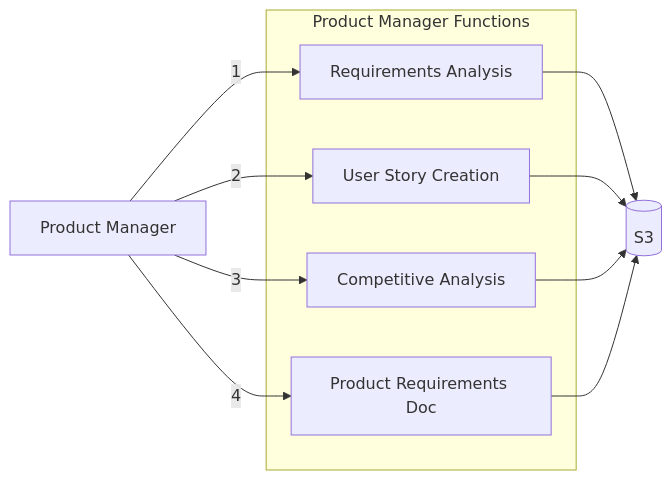
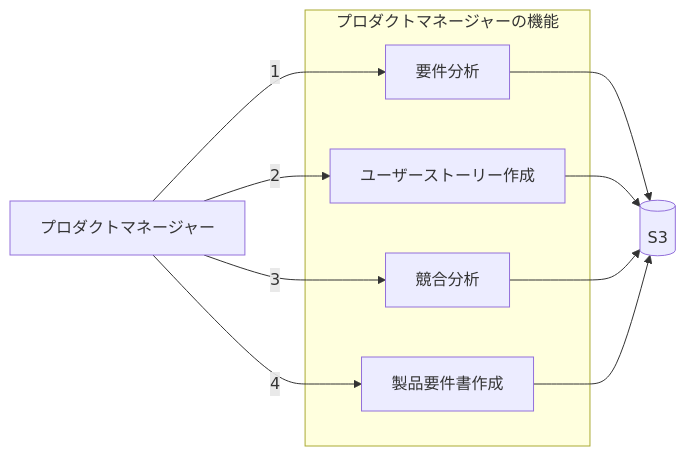
The fourth of 10 diagrams in README.md (aws-samples/multi-agent-samples-jp), drawn with Mermaid before and after one commit. The commit also changed other lines of this file and 2 other files, not shown here.

````diff
--- a/README.md
+++ b/README.md
@@ -185,19 +183,19 @@
 ```mermaid
 graph LR
-    PM[Product Manager] --> |1| RA[Requirements Analysis]
-    PM --> |2| US[User Story Creation]
-    PM --> |3| CA[Competitive Analysis]
-    PM --> |4| PRD[Product Requirements Doc]
+    PM[プロダクトマネージャー] --> |1| RA[要件分析]
+    PM --> |2| US[ユーザーストーリー作成]
+    PM --> |3| CA[競合分析]
+    PM --> |4| PRD[製品要件書作成]
     
     RA --> S3[(S3)]
     US --> S3
     CA --> S3
     PRD --> S3
     
-    subgraph "Product Manager Functions"
+    subgraph "プロダクトマネージャーの機能"
     RA
     US
     CA
     PRD
     end
 ```
````
